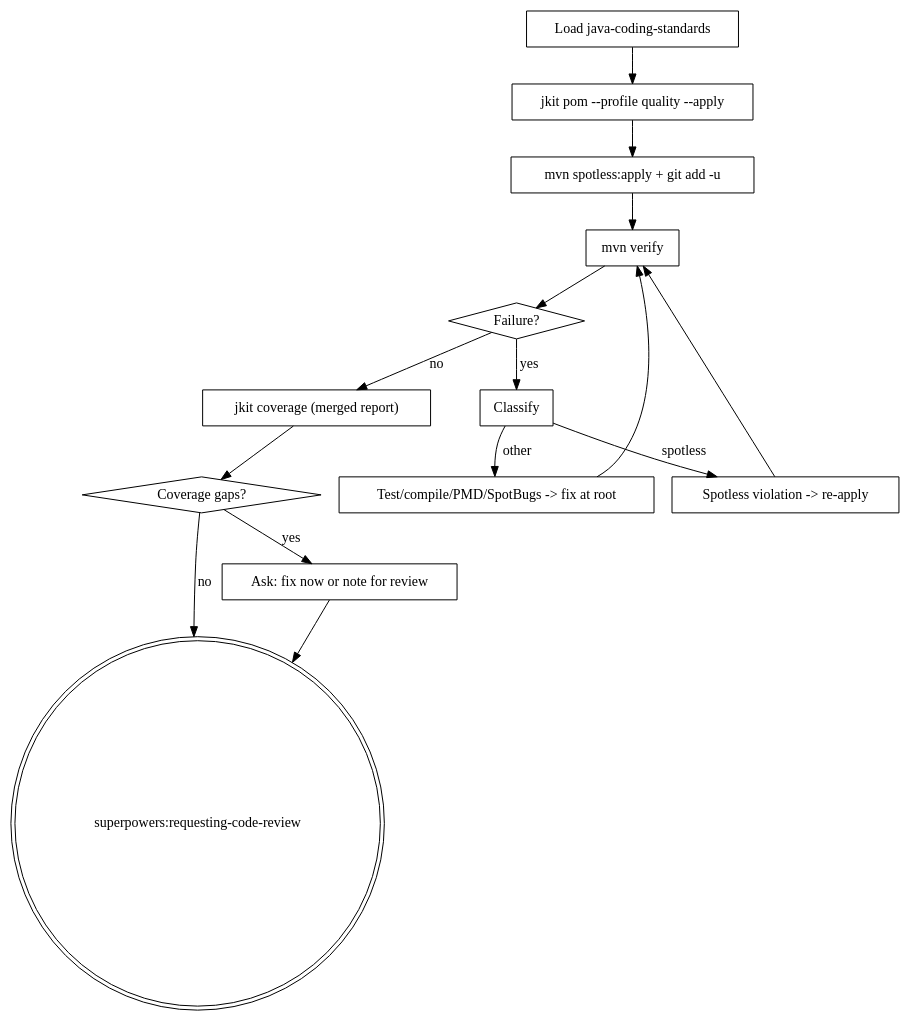
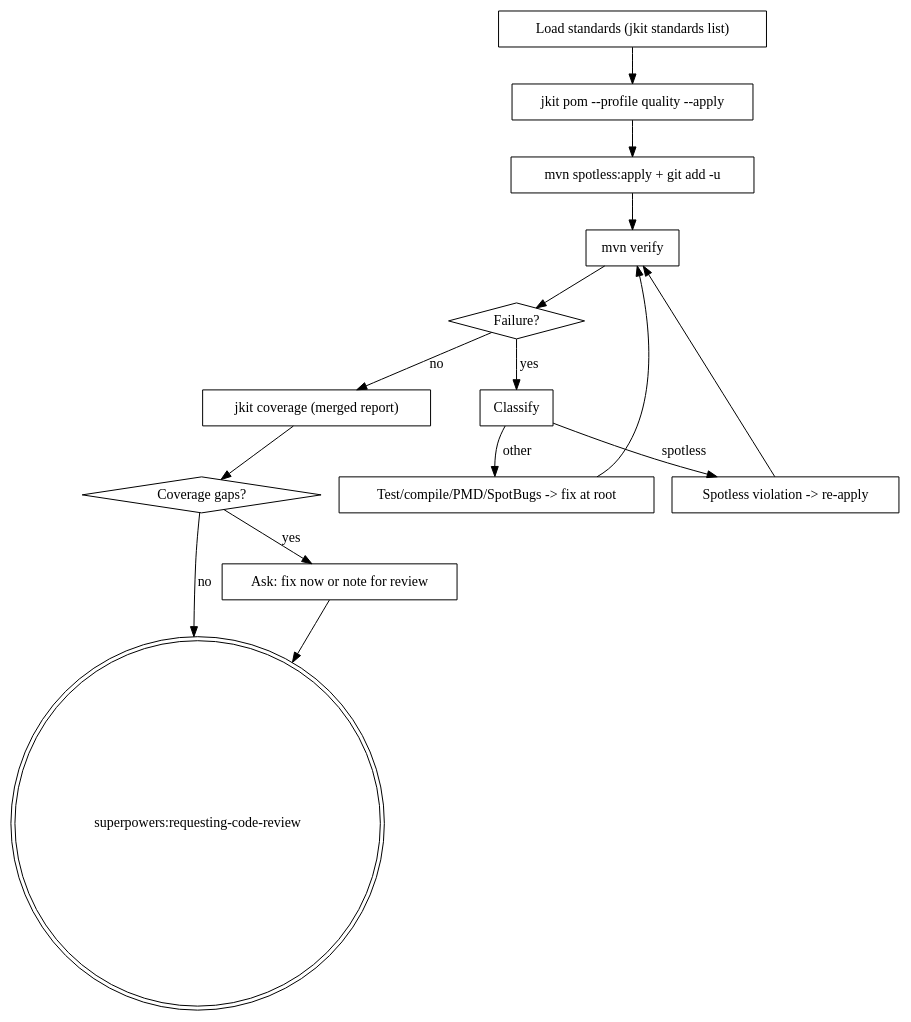
The diagram in skills/java-verify/SKILL.md (honghaowuu/jkit), drawn with Graphviz before and after one commit. The commit also changed other lines of this file, not shown here.

Commit message:
skills/java-verify: switch Step 0 to jkit standards list

````diff
--- a/skills/java-verify/SKILL.md
+++ b/skills/java-verify/SKILL.md
@@ -23,31 +23,31 @@
 ```dot
 digraph java_verify {
-    "Load java-coding-standards" [shape=box];
+    "Load standards (jkit standards list)" [shape=box];
     "jkit pom --profile quality --apply" [shape=box];
     "mvn spotless:apply + git add -u" [shape=box];
     "mvn verify" [shape=box];
     "Failure?" [shape=diamond];
     "Classify" [shape=box];
     "Spotless violation -> re-apply" [shape=box];
     "Test/compile/PMD/SpotBugs -> fix at root" [shape=box];
     "jkit coverage (merged report)" [shape=box];
     "Coverage gaps?" [shape=diamond];
     "Ask: fix now or note for review" [shape=box];
     "superpowers:requesting-code-review" [shape=doublecircle];
 
-    "Load java-coding-standards" -> "jkit pom --profile quality --apply";
+    "Load standards (jkit standards list)" -> "jkit pom --profile quality --apply";
     "jkit pom --profile quality --apply" -> "mvn spotless:apply + git add -u";
     "mvn spotless:apply + git add -u" -> "mvn verify";
     "mvn verify" -> "Failure?";
     "Failure?" -> "Classify" [label="yes"];
     "Classify" -> "Spotless violation -> re-apply" [label="spotless"];
     "Classify" -> "Test/compile/PMD/SpotBugs -> fix at root" [label="other"];
     "Spotless violation -> re-apply" -> "mvn verify";
     "Test/compile/PMD/SpotBugs -> fix at root" -> "mvn verify";
     "Failure?" -> "jkit coverage (merged report)" [label="no"];
     "jkit coverage (merged report)" -> "Coverage gaps?";
     "Coverage gaps?" -> "Ask: fix now or note for review" [label="yes"];
     "Coverage gaps?" -> "superpowers:requesting-code-review" [label="no"];
     "Ask: fix now or note for review" -> "superpowers:requesting-code-review";
 }
 ```
````
